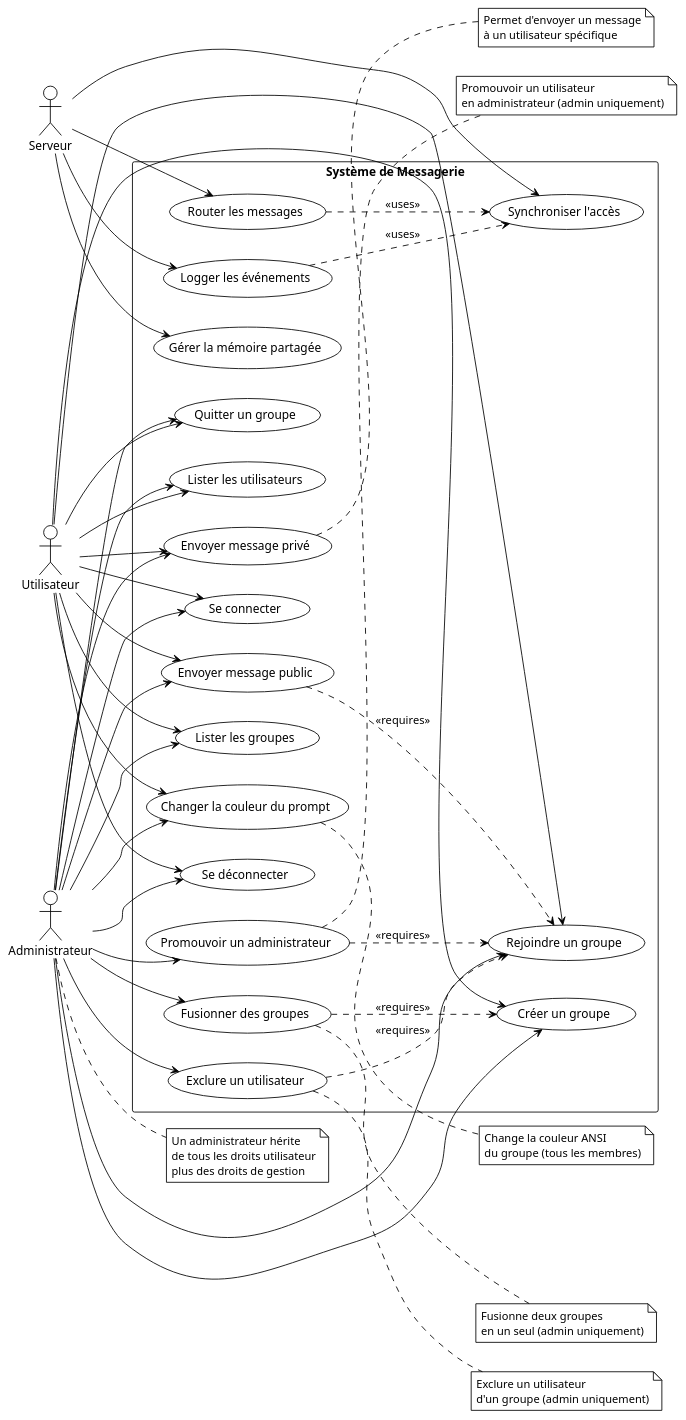
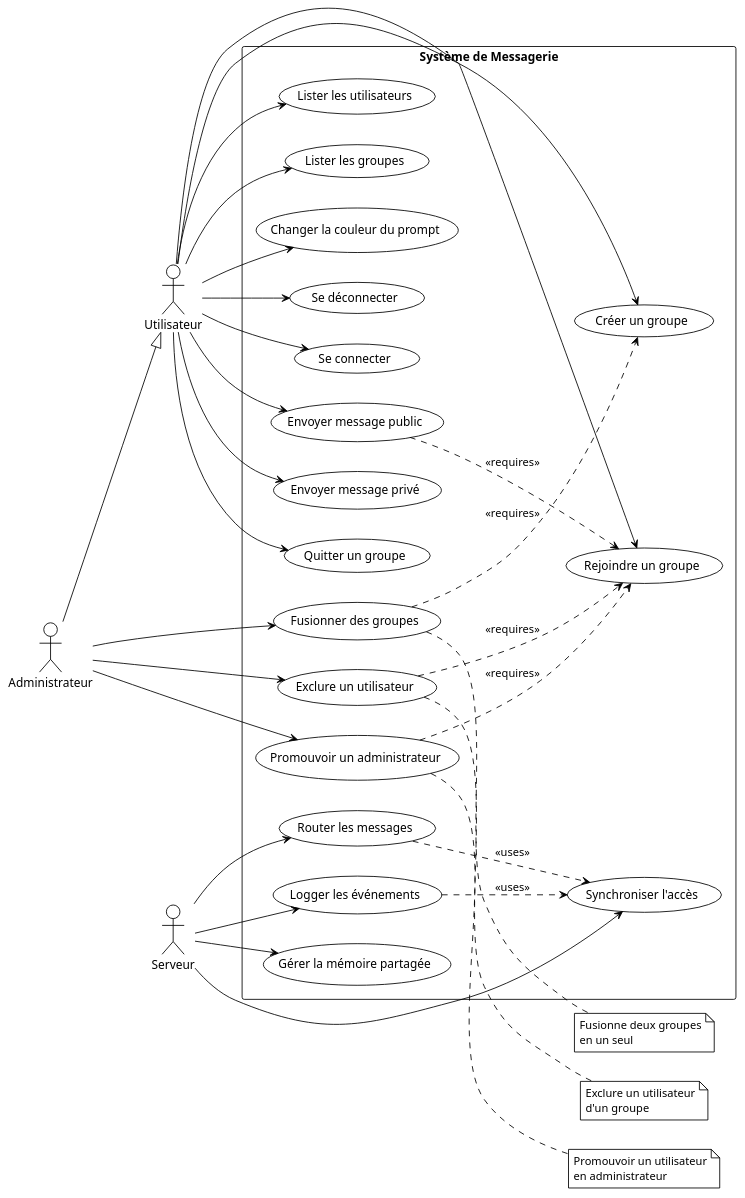
One commit to GuahBy/projetISY changed the diagram in UML/uml_use_case.puml. Above: the diagram before and after it, drawn with PlantUML. The commit also changed 3 other files, not shown here.

Commit message:
UML Improved

```diff
--- a/UML/uml_use_case.puml
+++ b/UML/uml_use_case.puml
@@ -1,99 +1,83 @@
 @startuml use_case_diagram
 !theme plain
-
 left to right direction
 skinparam packageStyle rectangle
 
 actor "Utilisateur" as User
 actor "Administrateur" as Admin
 actor "Serveur" as Server
+
+' L'Admin hérite de tous les droits Utilisateur
+Admin --|> User
 
 rectangle "Système de Messagerie" {
     usecase "Se connecter" as UC1
     usecase "Envoyer message public" as UC2
     usecase "Envoyer message privé" as UC3
     usecase "Rejoindre un groupe" as UC4
     usecase "Quitter un groupe" as UC5
     usecase "Créer un groupe" as UC6
-    usecase "Fusionner des groupes" as UC7
     usecase "Lister les utilisateurs" as UC8
     usecase "Lister les groupes" as UC9
     usecase "Changer la couleur du prompt" as UC10
     usecase "Se déconnecter" as UC11
+    
+    ' Cas d'usage spécifiques à l'admin
+    usecase "Fusionner des groupes" as UC7
     usecase "Exclure un utilisateur" as UC12
     usecase "Promouvoir un administrateur" as UC13
+    
+    ' Cas d'usage du serveur
     usecase "Gérer la mémoire partagée" as UC14
     usecase "Synchroniser l'accès" as UC15
     usecase "Router les messages" as UC16
     usecase "Logger les événements" as UC17
 }
 
+' Relations Utilisateur
 User --> UC1
 User --> UC2
 User --> UC3
 User --> UC4
 User --> UC5
 User --> UC6
 User --> UC8
 User --> UC9
 User --> UC10
 User --> UC11
 
-Admin --> UC1
-Admin --> UC2
-Admin --> UC3
-Admin --> UC4
-Admin --> UC5
-Admin --> UC6
+' Relations Admin (seulement les spécifiques)
 Admin --> UC7
-Admin --> UC8
-Admin --> UC9
-Admin --> UC10
-Admin --> UC11
 Admin --> UC12
 Admin --> UC13
 
+' Relations Serveur
 Server --> UC14
 Server --> UC15
 Server --> UC16
 Server --> UC17
 
+' Dépendances entre cas d'usage
 UC2 ..> UC4 : <<requires>>
 UC7 ..> UC6 : <<requires>>
 UC12 ..> UC4 : <<requires>>
 UC13 ..> UC4 : <<requires>>
 UC16 ..> UC15 : <<uses>>
 UC17 ..> UC15 : <<uses>>
 
-note right of UC3
-  Permet d'envoyer un message
-  à un utilisateur spécifique
-end note
-
 note right of UC7
   Fusionne deux groupes
-  en un seul (admin uniquement)
-end note
-
-note right of UC10
-  Change la couleur ANSI
-  du groupe (tous les membres)
+  en un seul
 end note
 
 note right of UC12
   Exclure un utilisateur
-  d'un groupe (admin uniquement)
+  d'un groupe
 end note
 
 note right of UC13
   Promouvoir un utilisateur
-  en administrateur (admin uniquement)
-end note
-
-note right of Admin
-  Un administrateur hérite
-  de tous les droits utilisateur
-  plus des droits de gestion
+  en administrateur
 end note
 
 @enduml
```
